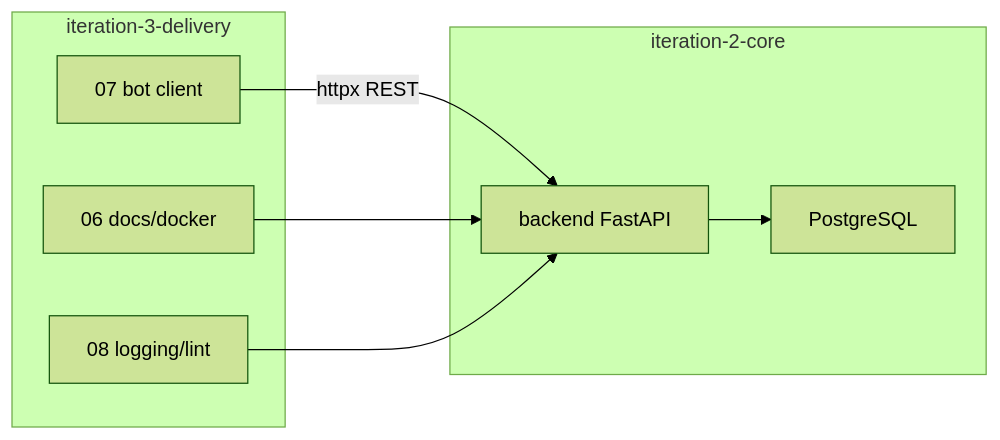
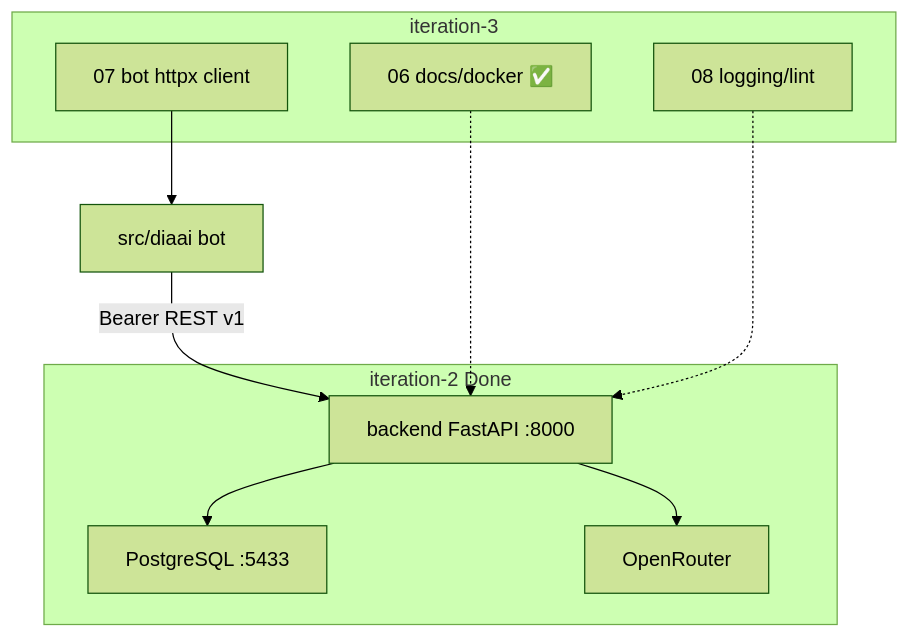
The diagram in docs/tasks/impl/backend/iteration-3-delivery/plan.md (zatulik2606/diaai), drawn with Mermaid (forest theme) before and after one commit. The commit also changed other lines of this file and 69 other files, not shown here.

````diff
--- a/docs/tasks/impl/backend/iteration-3-delivery/plan.md
+++ b/docs/tasks/impl/backend/iteration-3-delivery/plan.md
@@ -29,16 +36,19 @@
 ```mermaid
-flowchart LR
-    subgraph iter2 [iteration-2-core]
-        Backend["backend FastAPI"]
-        PG["PostgreSQL"]
+flowchart TB
+    subgraph iter2 [iteration-2 Done]
+        Backend["backend FastAPI :8000"]
+        PG["PostgreSQL :5433"]
+        OR["OpenRouter"]
+        Backend --> PG
+        Backend --> OR
     end
-    subgraph iter3 [iteration-3-delivery]
-        Docs["06 docs/docker"]
-        Bot["07 bot client"]
+    subgraph iter3 [iteration-3]
+        Docs["06 docs/docker ✅"]
+        BotClient["07 bot httpx client"]
         Quality["08 logging/lint"]
     end
-    Bot -->|httpx REST| Backend
-    Backend --> PG
-    Docs --> Backend
-    Quality --> Backend
+    Bot["src/diaai bot"] -->|Bearer REST v1| Backend
+    Docs -.-> Backend
+    Quality -.-> Backend
+    BotClient --> Bot
 ```
````
